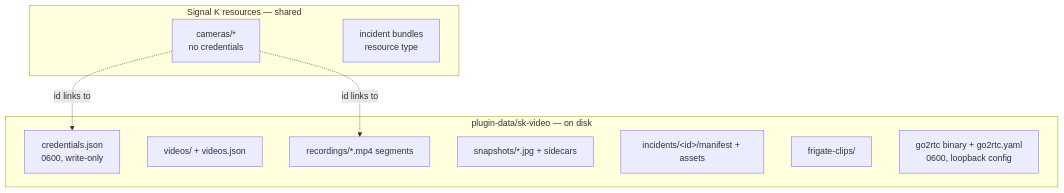
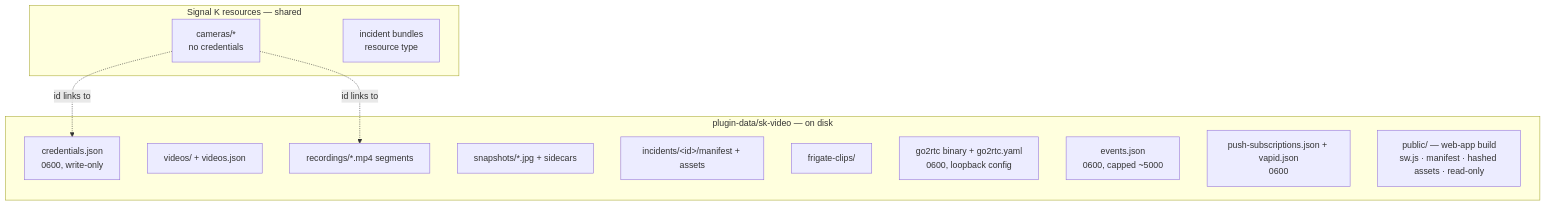
The first of 3 diagrams in docs/developers/storage-and-data.md (dillan/sk-video), drawn with Mermaid before and after one commit. The commit also changed other lines of this file and 19 other files, not shown here.

First line of the commit message:
docs: document the web app console and fix stale config references

````diff
--- a/docs/developers/storage-and-data.md
+++ b/docs/developers/storage-and-data.md
@@ -11,18 +11,21 @@
 ```mermaid
 flowchart TD
     subgraph SK[Signal K resources — shared]
       Cameras[cameras/*<br/>no credentials]
       Incidents[incident bundles<br/>resource type]
     end
     subgraph Disk[plugin-data/sk-video — on disk]
       Creds[credentials.json<br/>0600, write-only]
       Videos[videos/ + videos.json]
       Recordings[recordings/*.mp4 segments]
       Snaps[snapshots/*.jpg + sidecars]
       IncStore[incidents/&lt;id&gt;/manifest + assets]
       Clips[frigate-clips/]
       go2rtc[go2rtc binary + go2rtc.yaml<br/>0600, loopback config]
+      Events[events.json<br/>0600, capped ~5000]
+      Push[push-subscriptions.json + vapid.json<br/>0600]
+      Web[public/ — web-app build<br/>sw.js · manifest · hashed assets · read-only]
     end
     Cameras -. "id links to" .-> Creds
     Cameras -. "id links to" .-> Recordings
 ```
````
